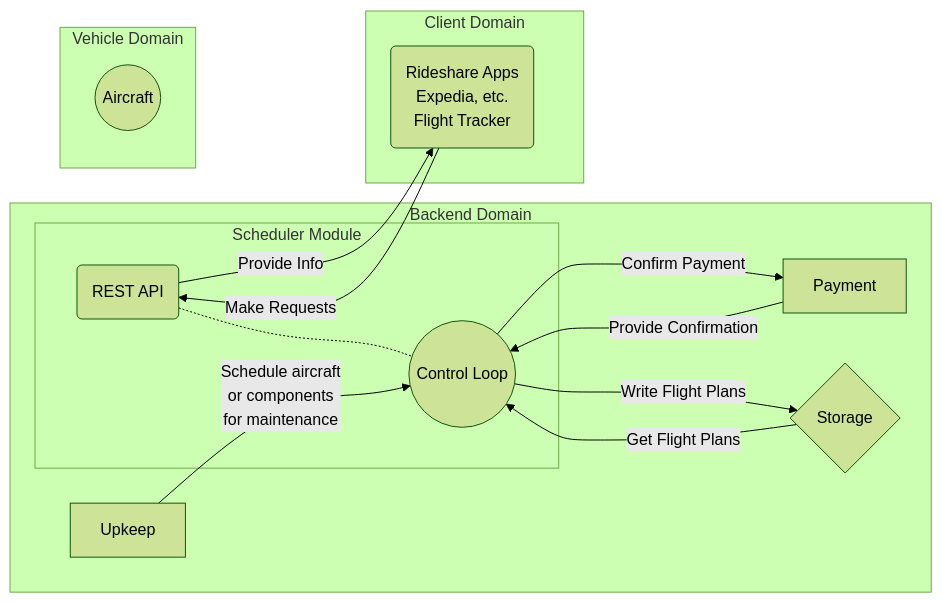
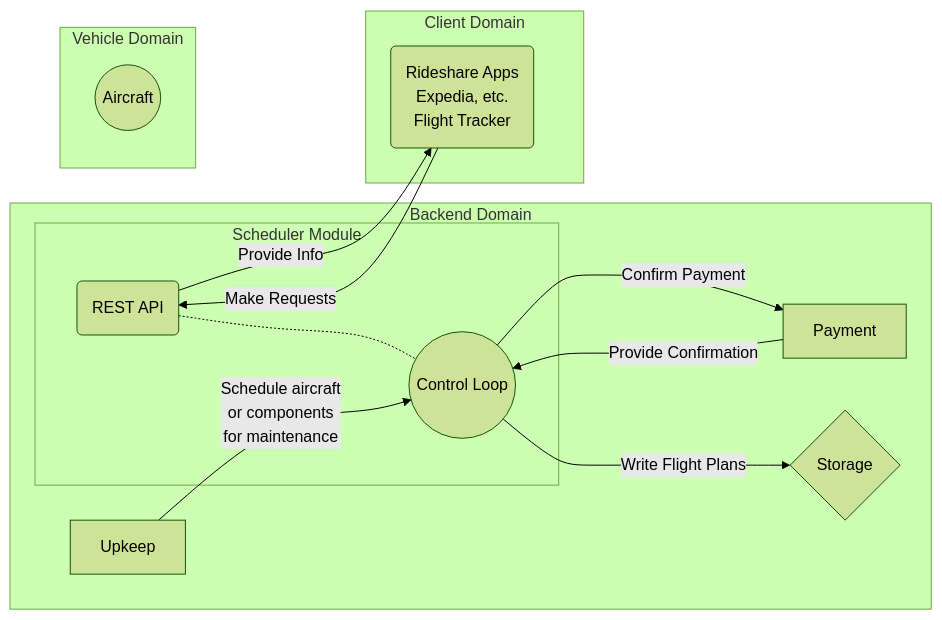
The diagram in scheduler/sdd.md (joseywalescolt45/systems-engineering), drawn with Mermaid (forest theme) before and after one commit. The commit also changed other lines of this file and 6 other files, not shown here.

````diff
--- a/scheduler/sdd.md
+++ b/scheduler/sdd.md
@@ -76,33 +81,33 @@
 ```mermaid
 graph LR
 subgraph Backend Domain
     subgraph Scheduler Module
         sch((Control Loop))
         rest(REST API)
     end
     up[Upkeep]
     pay[Payment]
     storage{Storage}
 
     rest -.- sch
 
     up -- Schedule aircraft<br/>or components<br/>for maintenance --> sch
 
-    storage -- Get Flight Plans --> sch
+    %% storage -- Get Flight Plans --> sch %% Maybe not necessary
     sch -- Write Flight Plans --> storage
 
     sch -- Confirm Payment --> pay
     pay -- Provide Confirmation --> sch
 end
 
 subgraph Client Domain
     ride(Rideshare Apps<br/>Expedia, etc.<br/>Flight Tracker)
 
     ride -- Make Requests --> rest
     rest -- Provide Info --> ride
 end
 
 subgraph Vehicle Domain
     air((Aircraft))
 end
 ```
````
